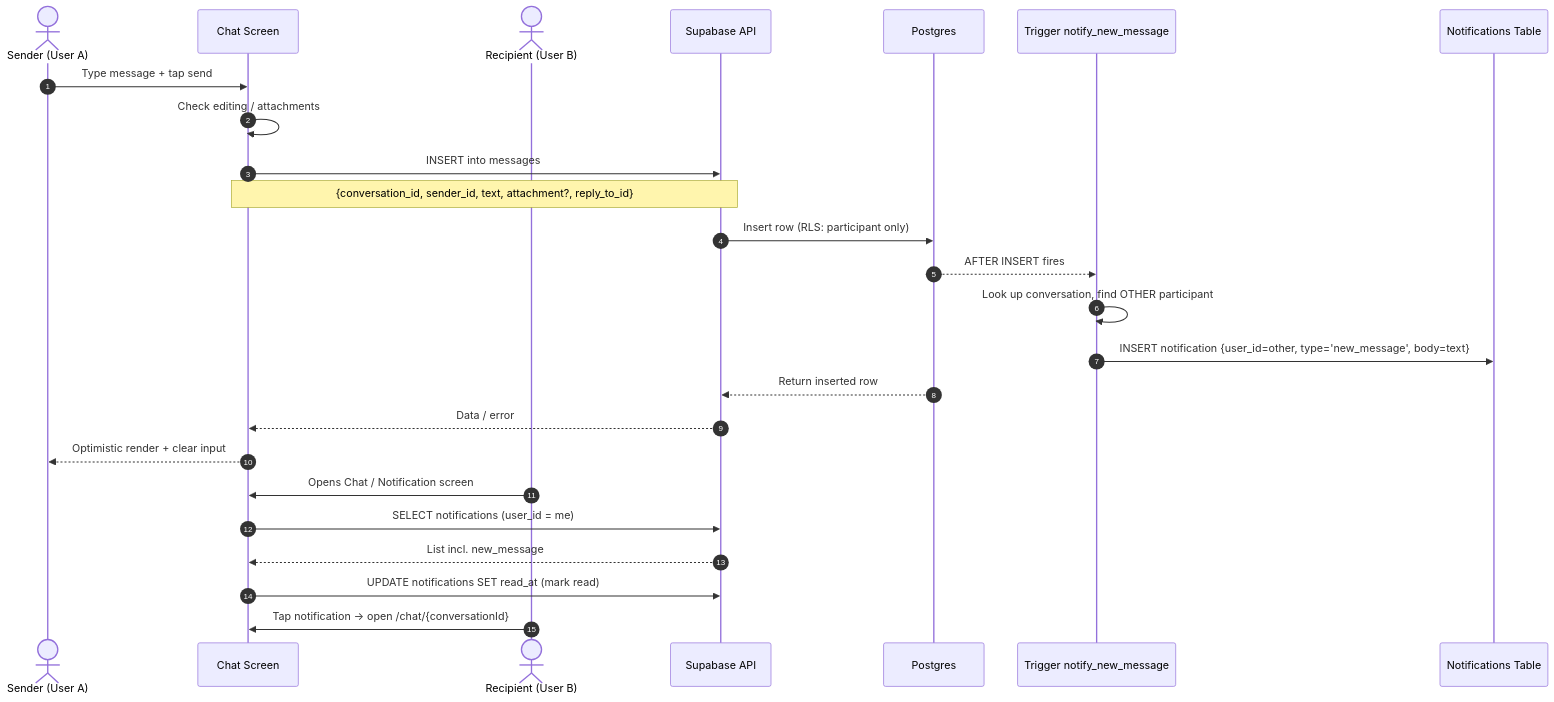
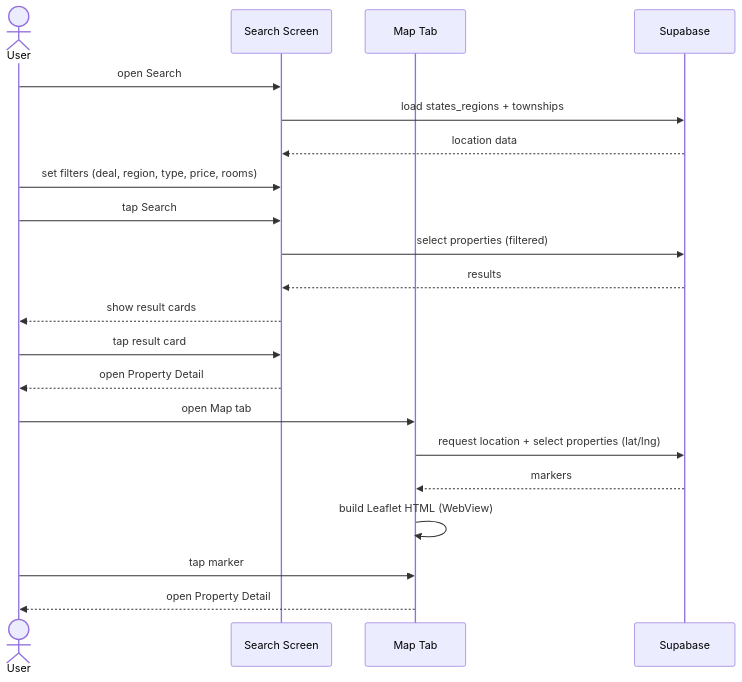
One commit to phyothant-dev/nestfinder changed the fourth of 11 diagrams in docs/diagrams.md. Above: the diagram before and after it, drawn with Mermaid. The commit also changed other lines of this file and 14 other files, not shown here.

Commit message:
Redraw diagrams in loc-jobs style with per-flow sequence diagrams and end states

````diff
--- a/docs/diagrams.md
+++ b/docs/diagrams.md
@@ -61,28 +185,25 @@
 ```mermaid
 sequenceDiagram
-    autonumber
-    actor Sender as Sender (User A)
-    participant App as Chat Screen
-    actor Recipient as Recipient (User B)
-    participant Supa as Supabase API
-    participant DB as Postgres
-    participant Trig as Trigger notify_new_message
-    participant NB as Notifications Table
+    actor User
+    participant SE as Search Screen
+    participant MA as Map Tab
+    participant SU as Supabase
 
-    Sender->>App: Type message + tap send
-    App->>App: Check editing / attachments
-    App->>Supa: INSERT into messages
-    Note over App,Supa: {conversation_id, sender_id, text, attachment?, reply_to_id}
-    Supa->>DB: Insert row (RLS: participant only)
-    DB-->>Trig: AFTER INSERT fires
-    Trig->>Trig: Look up conversation, find OTHER participant
-    Trig->>NB: INSERT notification {user_id=other, type='new_message', body=text}
-    DB-->>Supa: Return inserted row
-    Supa-->>App: Data / error
-    App-->>Sender: Optimistic render + clear input
-    Recipient->>App: Opens Chat / Notification screen
-    App->>Supa: SELECT notifications (user_id = me)
-    Supa-->>App: List incl. new_message
-    App->>Supa: UPDATE notifications SET read_at (mark read)
-    Recipient->>App: Tap notification → open /chat/{conversationId}
+    User->>SE: open Search
+    SE->>SU: load states_regions + townships
+    SU-->>SE: location data
+    User->>SE: set filters (deal, region, type, price, rooms)
+    User->>SE: tap Search
+    SE->>SU: select properties (filtered)
+    SU-->>SE: results
+    SE-->>User: show result cards
+    User->>SE: tap result card
+    SE-->>User: open Property Detail
+
+    User->>MA: open Map tab
+    MA->>SU: request location + select properties (lat/lng)
+    SU-->>MA: markers
+    MA->>MA: build Leaflet HTML (WebView)
+    User->>MA: tap marker
+    MA-->>User: open Property Detail
 ```
````
